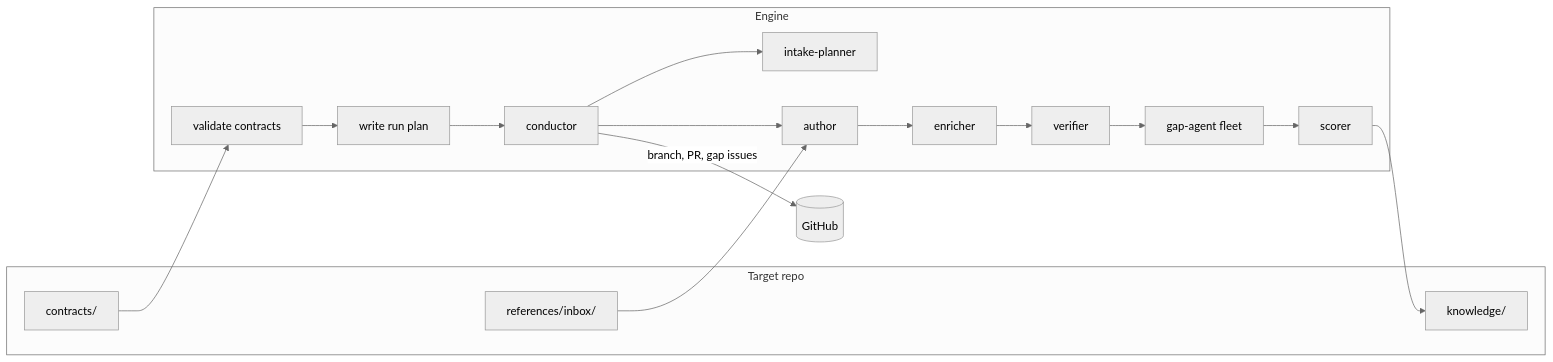
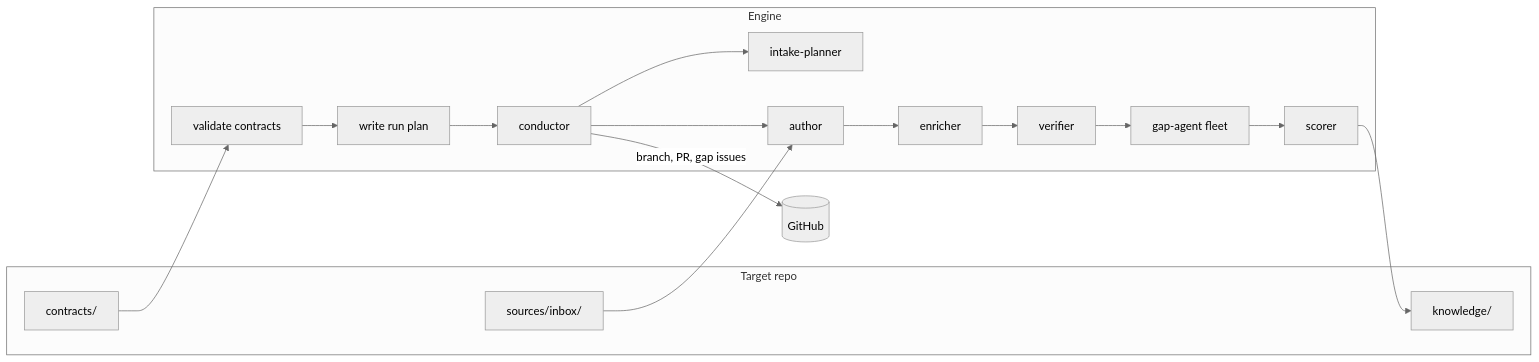
One commit to dfirmin/archivist changed the diagram in README.md. Above: the diagram before and after it, drawn with Mermaid (neutral theme). The commit also changed other lines of this file and 25 other files, not shown here.

First line of the commit message:
wip: rename references/ to sources/ (sources/inbox, sources/processed); prepare v0.2.0

````diff
--- a/README.md
+++ b/README.md
@@ -46,18 +46,18 @@
 ```mermaid
 flowchart LR
     subgraph Target repo
         C[contracts/]
-        I[references/inbox/]
+        I[sources/inbox/]
         K[knowledge/]
     end
     subgraph Engine
         V[validate contracts] --> P[write run plan]
         P --> CO[conductor]
         CO --> PL[intake-planner]
         CO --> A[author] --> E[enricher] --> VE[verifier] --> G[gap-agent fleet] --> S[scorer]
     end
     C --> V
     I --> A
     S --> K
     CO -->|branch, PR, gap issues| GH[(GitHub)]
 ```
````
